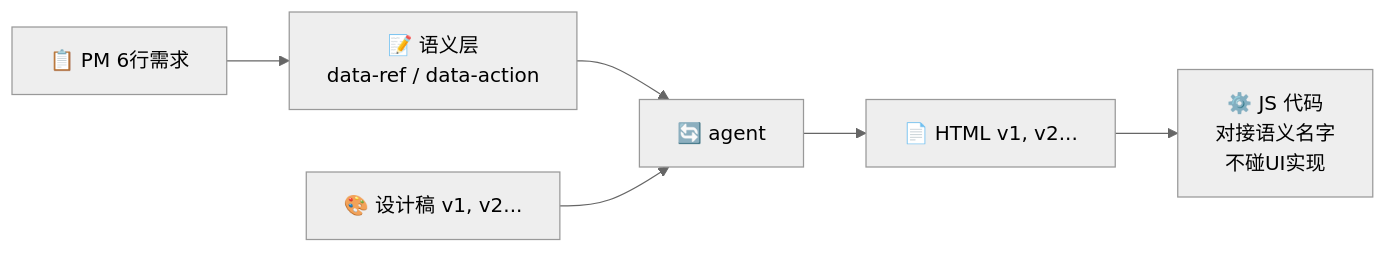
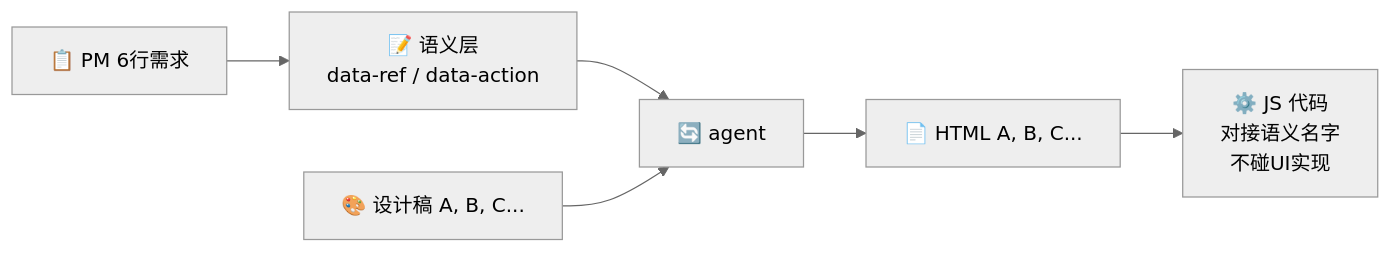
The first of 2 diagrams in README.md (erichow/research2), drawn with Mermaid (neutral theme) before and after one commit. The commit also changed other lines of this file, not shown here.

````diff
--- a/README.md
+++ b/README.md
@@ -103,8 +97,8 @@
 ```mermaid
 flowchart LR
     PM["📋 PM 6行需求"] --> A
     A["📝 语义层<br>data-ref / data-action"] --> C
-    B["🎨 设计稿 v1, v2..."] --> C
-    C["🔄 agent"] --> D["📄 HTML v1, v2..."] --> E
+    B["🎨 设计稿 A, B, C..."] --> C
+    C["🔄 agent"] --> D["📄 HTML A, B, C..."] --> E
     E["⚙️ JS 代码<br>对接语义名字<br>不碰UI实现"]
 ```
````
